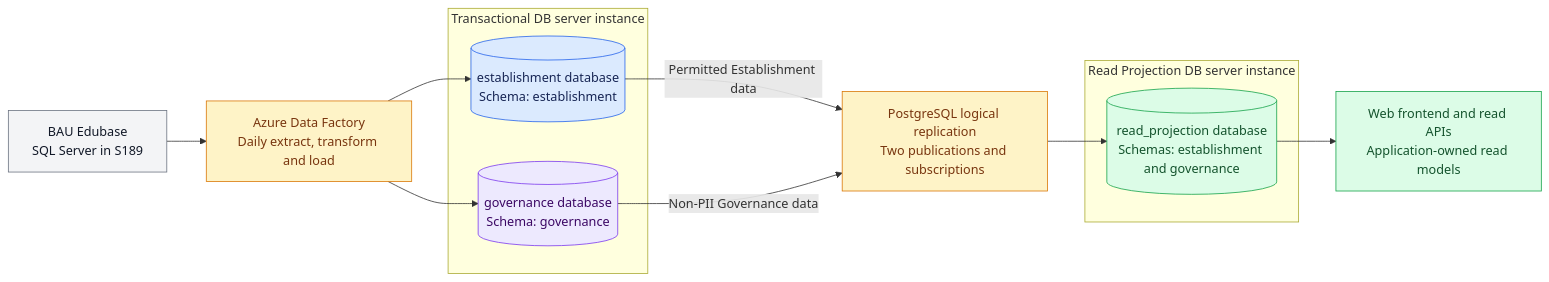
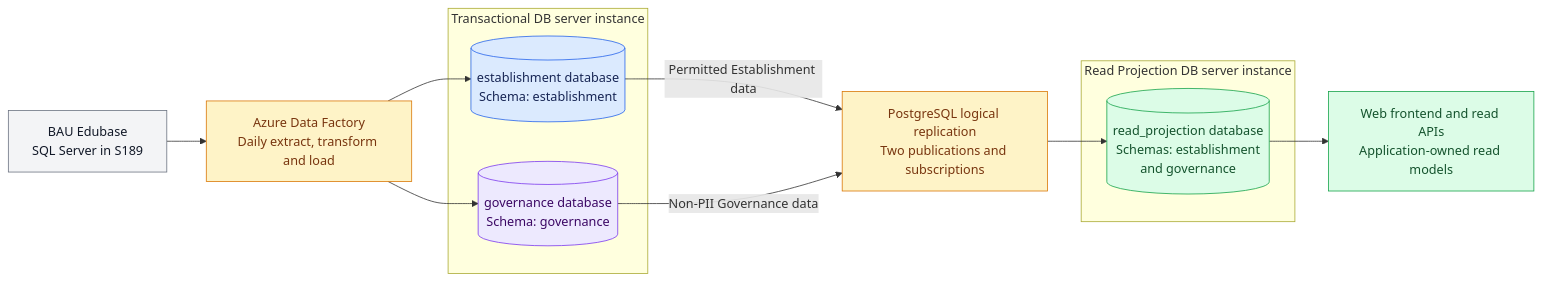
The second of 2 diagrams in data/epr-data-platform-topology-and-replication.md (DFE-Digital/education-provider-registry-docs), drawn with Mermaid before and after one commit.

````diff
--- a/data/epr-data-platform-topology-and-replication.md
+++ b/data/epr-data-platform-topology-and-replication.md
@@ -133,37 +133,37 @@
 ```mermaid
 flowchart LR
     BAU["BAU Edubase<br/>SQL Server in S189"]
     ADF["Azure Data Factory<br/>Daily extract, transform and load"]
 
     subgraph TX["Transactional DB server instance"]
         E[("establishment database<br/>Schema: establishment")]
         G[("governance database<br/>Schema: governance")]
     end
 
     L["PostgreSQL logical replication<br/>Two publications and subscriptions"]
 
     subgraph READ["Read Projection DB server instance"]
-        R[("read_projection database<br/>Schemas: establishment and governance")]
+        R[("read_projection database<br/>Schemas: establishment<br>and governance")]
     end
 
     APPS["Web frontend and read APIs<br/>Application-owned read models"]
 
     BAU --> ADF
     ADF --> E
     ADF --> G
     E -->|Permitted Establishment data| L
     G -->|Non-PII Governance data| L
     L --> R
     R --> APPS
 
     classDef source fill:#F3F4F6,stroke:#6B7280,color:#111827
     classDef processing fill:#FEF3C7,stroke:#D97706,color:#78350F
     classDef establishment fill:#DBEAFE,stroke:#2563EB,color:#172554
     classDef governance fill:#EDE9FE,stroke:#7C3AED,color:#3B0764
     classDef read fill:#DCFCE7,stroke:#16A34A,color:#14532D
     class BAU source
     class ADF,L processing
     class E establishment
     class G governance
     class R,APPS read
 ```
````
